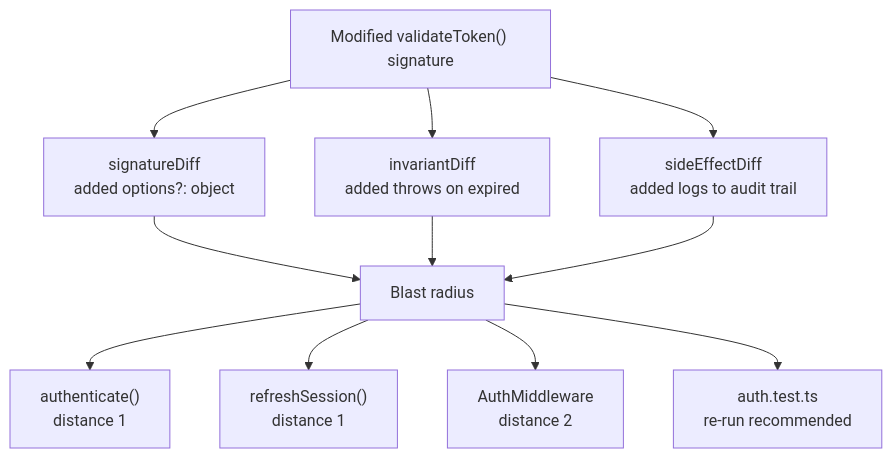
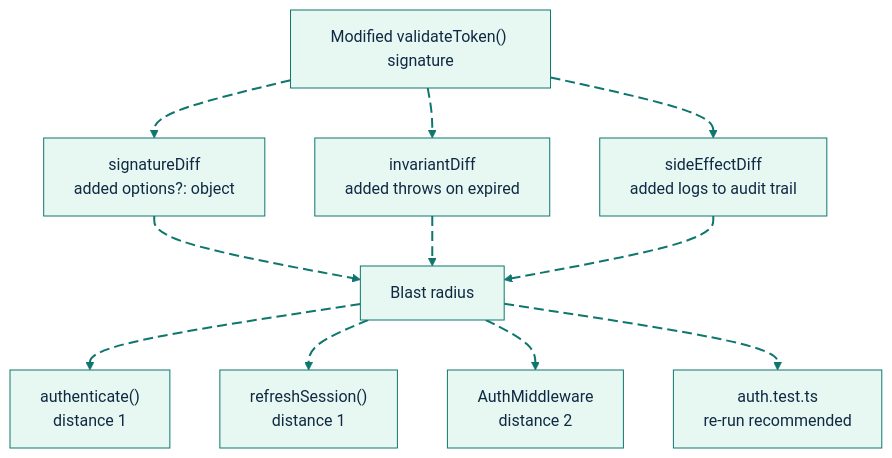
Before and after one commit to GlitterKill/sdl-mcp: the fifth of 10 diagrams in README.md, drawn with Mermaid. The commit also changed other lines of this file and 1 other file, not shown here.

````diff
--- a/README.md
+++ b/README.md
@@ -211,23 +263,33 @@
 ```mermaid
+%%{init: {"theme":"base","themeVariables":{"background":"#ffffff","primaryColor":"#E7F8F2","primaryBorderColor":"#0F766E","primaryTextColor":"#102A43","secondaryColor":"#E8F1FF","secondaryBorderColor":"#2563EB","secondaryTextColor":"#102A43","tertiaryColor":"#FFF4D6","tertiaryBorderColor":"#B45309","tertiaryTextColor":"#102A43","lineColor":"#0F766E","textColor":"#102A43","fontFamily":"Inter, ui-sans-serif, system-ui, -apple-system, BlinkMacSystemFont, Segoe UI, sans-serif"},"flowchart":{"curve":"basis","htmlLabels":true}}}%%
 flowchart TD
     Change["Modified validateToken() signature"]
     Sig["signatureDiff<br/>added options?: object"]
     Inv["invariantDiff<br/>added throws on expired"]
     Fx["sideEffectDiff<br/>added logs to audit trail"]
     Blast["Blast radius"]
     A1["authenticate()<br/>distance 1"]
     A2["refreshSession()<br/>distance 1"]
     A3["AuthMiddleware<br/>distance 2"]
     A4["auth.test.ts<br/>re-run recommended"]
 
-    Change --> Sig
-    Change --> Inv
-    Change --> Fx
-    Sig --> Blast
-    Inv --> Blast
-    Fx --> Blast
-    Blast --> A1
-    Blast --> A2
-    Blast --> A3
-    Blast --> A4
+    Change e1@--> Sig
+    Change e2@--> Inv
+    Change e3@--> Fx
+    Sig e4@--> Blast
+    Inv e5@--> Blast
+    Fx e6@--> Blast
+    Blast e7@--> A1
+    Blast e8@--> A2
+    Blast e9@--> A3
+    Blast e10@--> A4
+
+    classDef source fill:#E7F8F2,stroke:#0F766E,stroke-width:2px,color:#102A43;
+    classDef process fill:#E8F1FF,stroke:#2563EB,stroke-width:2px,color:#102A43;
+    classDef decision fill:#FFF4D6,stroke:#B45309,stroke-width:2px,color:#102A43;
+    classDef storage fill:#F2E8FF,stroke:#7C3AED,stroke-width:2px,color:#102A43;
+    classDef output fill:#FFE8EF,stroke:#BE123C,stroke-width:2px,color:#102A43;
+    classDef muted fill:#F8FAFC,stroke:#64748B,stroke-width:1px,color:#102A43;
+    classDef animate stroke:#0F766E,stroke-width:2px,stroke-dasharray:10\,5,stroke-dashoffset:900,animation:dash 22s linear infinite;
+    class e1,e2,e3,e4,e5,e6,e7,e8,e9,e10 animate;
 ```
````
